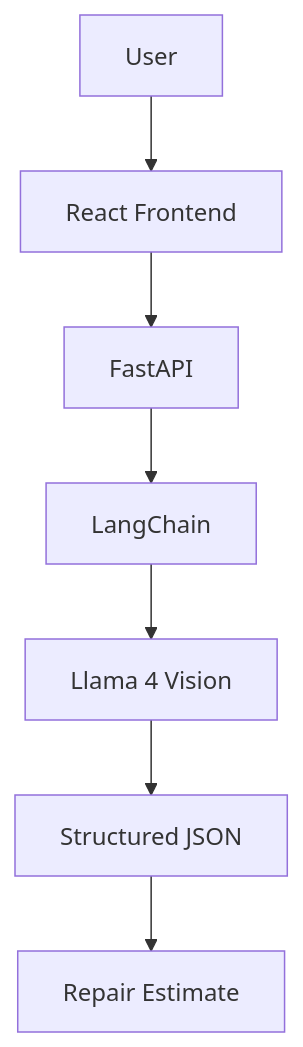
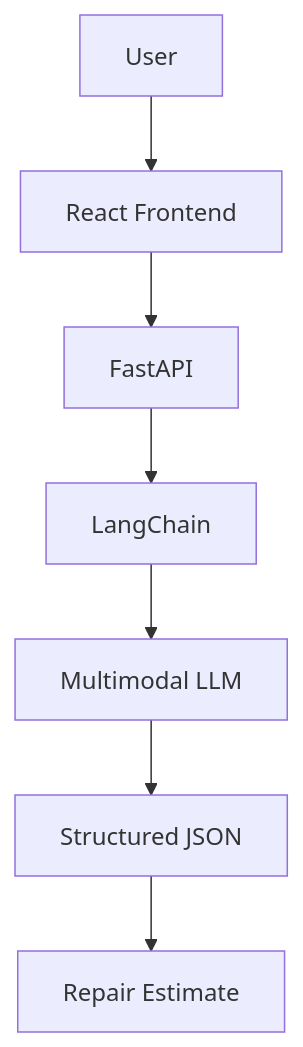
One commit to samiyashahzad/claimpilotai changed the diagram in README.md. Above: the diagram before and after it, drawn with Mermaid. The commit also changed other lines of this file and 2 other files, not shown here.

Commit message:
Polish README and add overview graphic

````diff
--- a/README.md
+++ b/README.md
@@ -26,9 +34,9 @@
 ```mermaid
 flowchart TD
     A[User] --> B[React Frontend]
     B --> C[FastAPI]
     C --> D[LangChain]
-    D --> E[Llama 4 Vision]
+    D --> E[Multimodal LLM]
     E --> F[Structured JSON]
     F --> G[Repair Estimate]
 ```
````
